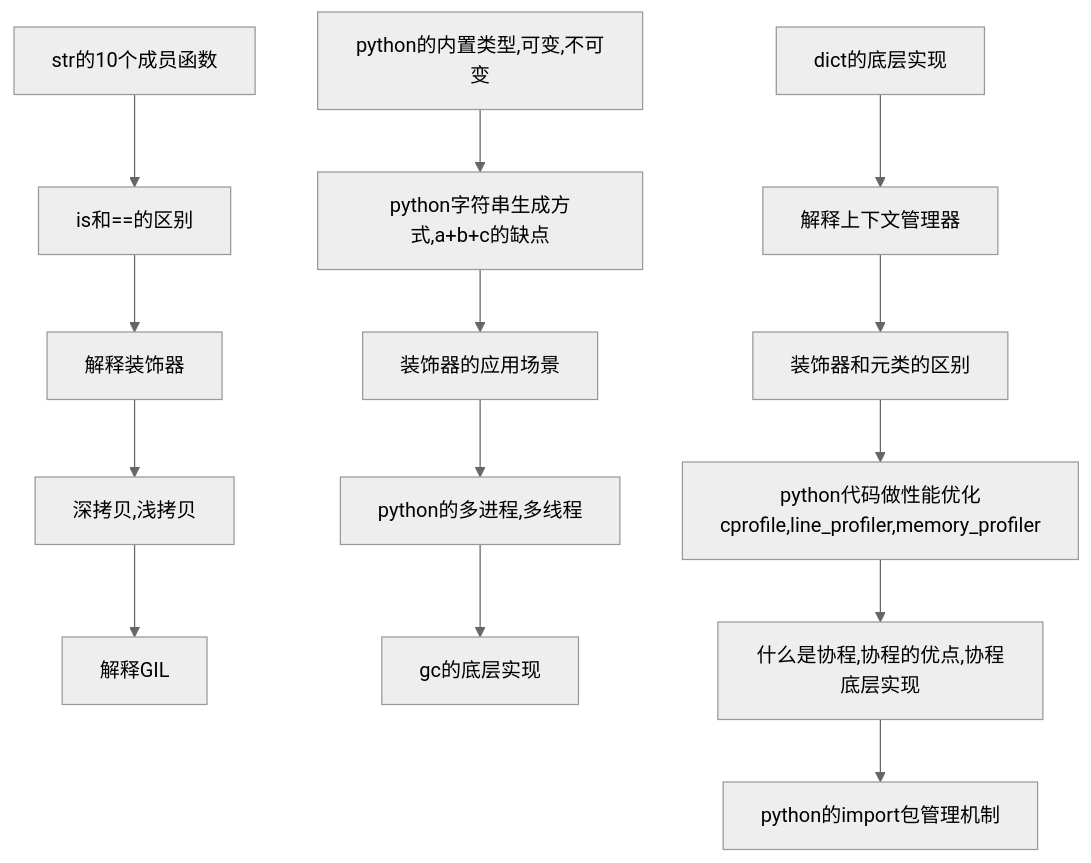
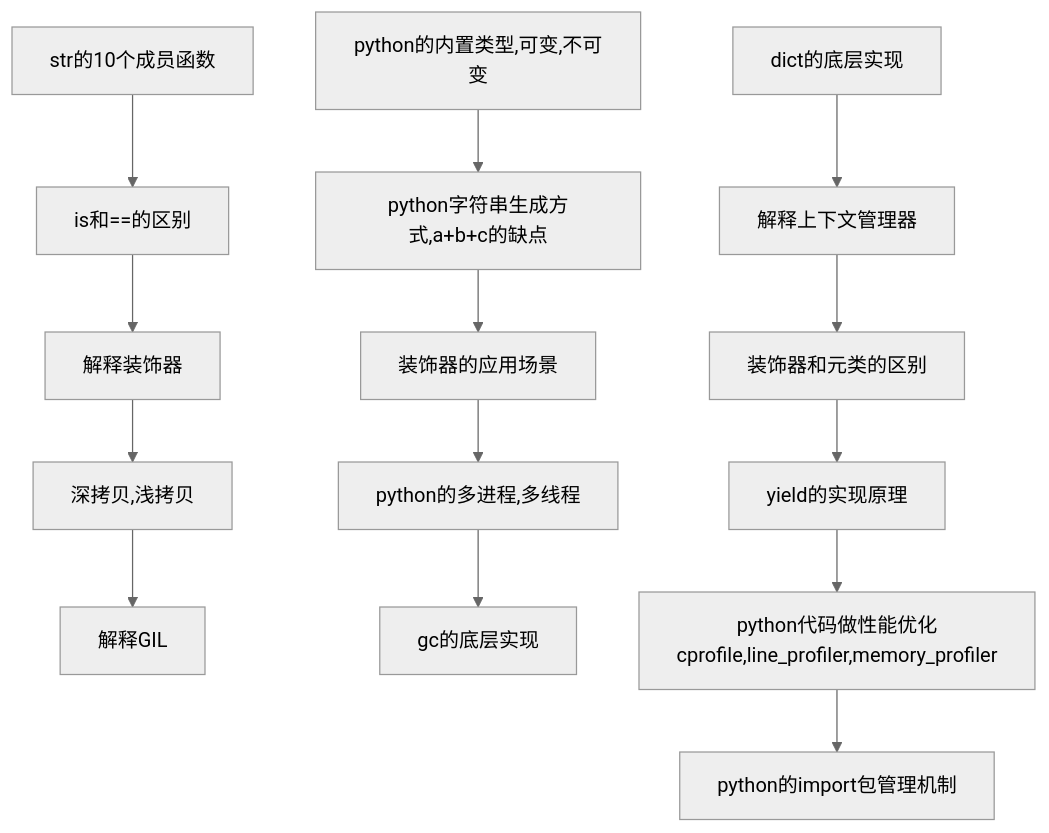
One commit to Roxas/article changed the sixth of 13 diagrams in interview_flow.md. Above: the diagram before and after it, drawn with Mermaid (neutral theme). The commit also changed other lines of this file, not shown here.

````diff
--- a/interview_flow.md
+++ b/interview_flow.md
@@ -60,6 +60,6 @@
 ```mermaid
 graph TB
     a[str的10个成员函数] --> d[is和==的区别] --> g[解释装饰器] --> j[深拷贝,浅拷贝] --> m[解释GIL]
     b[python的内置类型,可变,不可变] --> e[python字符串生成方式,a+b+c的缺点] --> h[装饰器的应用场景] --> k[python的多进程,多线程] --> n[gc的底层实现]
-    c[dict的底层实现] --> f[解释上下文管理器] --> i[装饰器和元类的区别] --> l[python代码做性能优化cprofile,line_profiler,memory_profiler] --> o[什么是协程,协程的优点,协程底层实现] --> p[python的import包管理机制]
+    c[dict的底层实现] --> f[解释上下文管理器] --> i[装饰器和元类的区别] --> l[yield的实现原理] --> o[python代码做性能优化cprofile,line_profiler,memory_profiler] --> p[python的import包管理机制]
 ```
````
